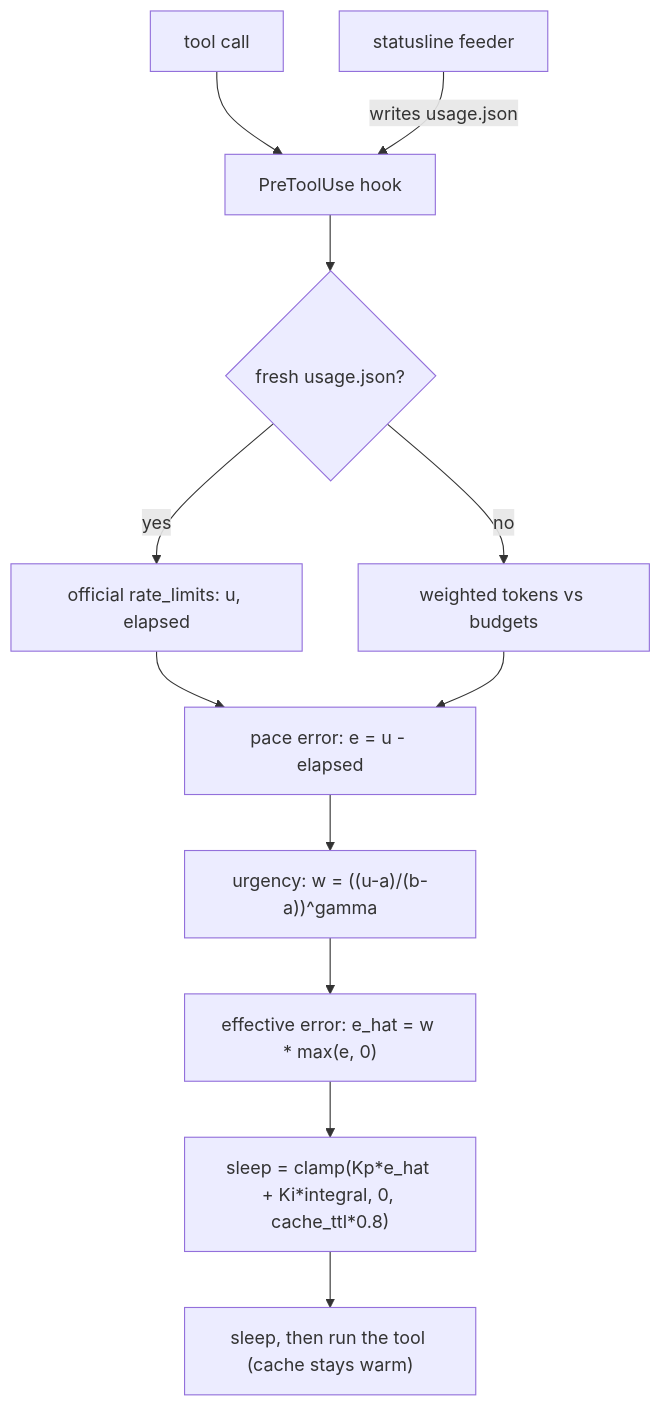
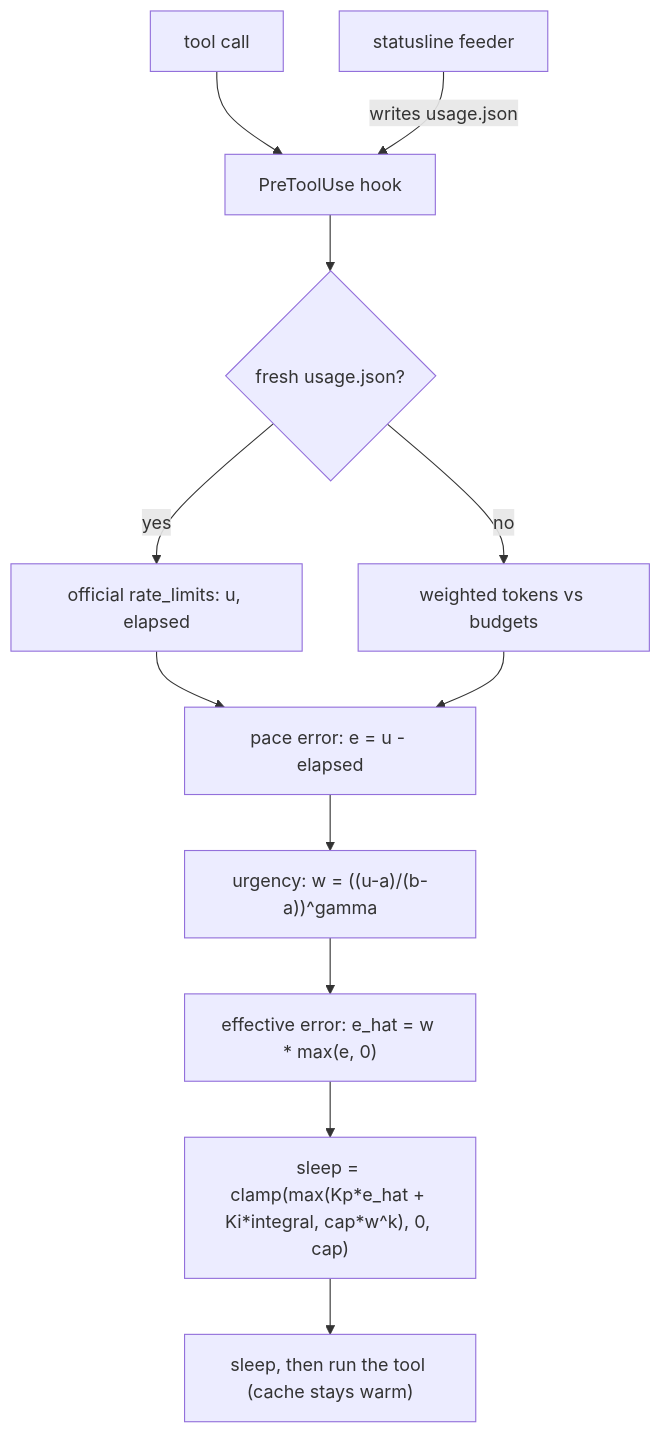
Before and after one commit to bvc3at/slow4more: the first of 3 diagrams in README.md, drawn with Mermaid. The commit also changed other lines of this file and 2 other files, not shown here.

First line of the commit message:
feat: ramp the sleep to the cap smoothly near the limit on large caches

````diff
--- a/README.md
+++ b/README.md
@@ -14,14 +14,14 @@
 ```mermaid
 flowchart TD
     T[tool call] --> H[PreToolUse hook]
     SL[statusline feeder] -->|writes usage.json| H
     H --> S{"fresh usage.json?"}
     S -->|yes| U1["official rate_limits: u, elapsed"]
     S -->|no| U2["weighted tokens vs budgets"]
     U1 --> E["pace error: e = u - elapsed"]
     U2 --> E
     E --> W["urgency: w = ((u-a)/(b-a))^gamma"]
     W --> EE["effective error: e_hat = w * max(e, 0)"]
-    EE --> C["sleep = clamp(Kp*e_hat + Ki*integral, 0, cache_ttl*0.8)"]
+    EE --> C["sleep = clamp(max(Kp*e_hat + Ki*integral, cap*w^k), 0, cap)"]
     C --> RUN["sleep, then run the tool (cache stays warm)"]
 ```
````
